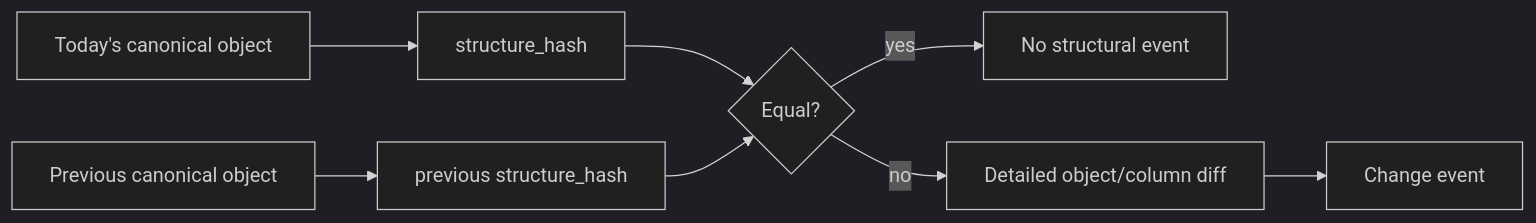
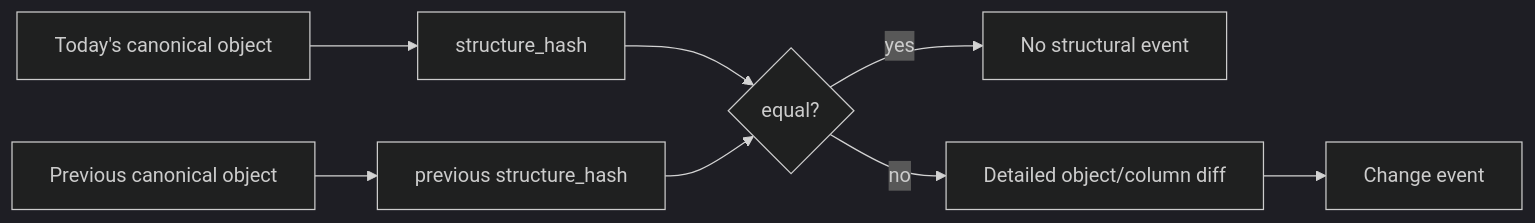
The eighth of 10 diagrams in docs/adr/active/DWH-Portal-Architecture-and-Design.md (AlexEPetrov/dwh-portal), drawn with Mermaid (dark theme) before and after one commit. The commit also changed other lines of this file and 54 other files, not shown here.

````diff
--- a/docs/adr/active/DWH-Portal-Architecture-and-Design.md
+++ b/docs/adr/active/DWH-Portal-Architecture-and-Design.md
@@ -421,10 +431,10 @@
 ```mermaid
 flowchart LR
     TODAY[Today's canonical object] --> HASH1[structure_hash]
     PREV[Previous canonical object] --> HASH0[previous structure_hash]
-    HASH1 --> CMP{Equal?}
+    HASH1 --> CMP{equal?}
     HASH0 --> CMP
     CMP -->|yes| NONE[No structural event]
     CMP -->|no| DIFF[Detailed object/column diff]
     DIFF --> EVT[Change event]
 ```
````
